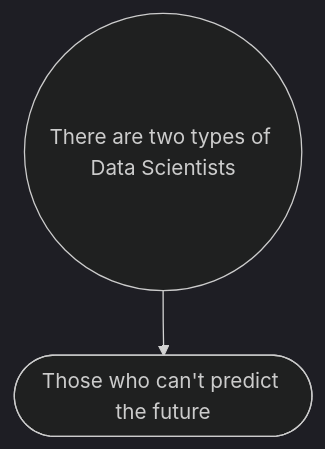
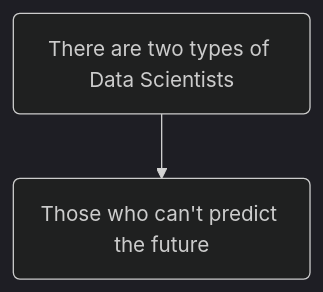
The second of 3 diagrams in docs/forecasting/intro/intro.qmd (pbenavidesh/narsil), drawn with Mermaid (dark theme) before and after one commit. The commit also changed other lines of this file, not shown here.

Commit message:
Added some notes and mermaid

````diff
--- a/docs/forecasting/intro/intro.qmd
+++ b/docs/forecasting/intro/intro.qmd
@@ -117,6 +123,5 @@
 ```{mermaid}
 flowchart TD
-    A(("There are two types of Data Scientists")) --> D@{ label: "Those who can't predict the future" } 
-
-    D@{ shape: stadium}
+    A(There are two types of Data Scientists)
+    A-->B(Those who can't predict the future)
 ```
````
